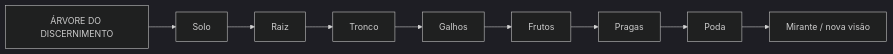
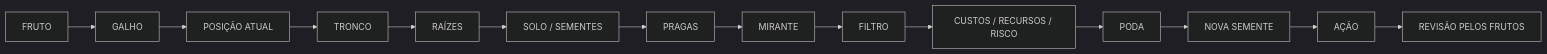
One commit to Sollimastudio/trilogia-sol-lima changed the third of 8 diagrams in 02_REPOSICIONE_SE/MAPA_VISUAL.md. Above: the diagram before and after it, drawn with Mermaid (dark theme). The commit also changed other lines of this file, not shown here.

````diff
--- a/02_REPOSICIONE_SE/MAPA_VISUAL.md
+++ b/02_REPOSICIONE_SE/MAPA_VISUAL.md
@@ -31,11 +48,16 @@
 ```mermaid
 flowchart LR
-    A1[ÁRVORE DO DISCERNIMENTO] --> A2[Solo]
-    A2 --> A3[Raiz]
-    A3 --> A4[Tronco]
-    A4 --> A5[Galhos]
-    A5 --> A6[Frutos]
-    A6 --> A7[Pragas]
-    A7 --> A8[Poda]
-    A8 --> A9[Mirante / nova visão]
+    F1[FRUTO] --> G1[GALHO]
+    G1 --> P1[POSIÇÃO ATUAL]
+    P1 --> T1[TRONCO]
+    T1 --> R1[RAÍZES]
+    R1 --> SS[SOLO / SEMENTES]
+    SS --> PR[PRAGAS]
+    PR --> M[MIRANTE]
+    M --> FI[FILTRO]
+    FI --> C[CUSTOS / RECURSOS / RISCO]
+    C --> PO[PODA]
+    PO --> NS[NOVA SEMENTE]
+    NS --> A[AÇÃO]
+    A --> RF[REVISÃO PELOS FRUTOS]
 ```
````
